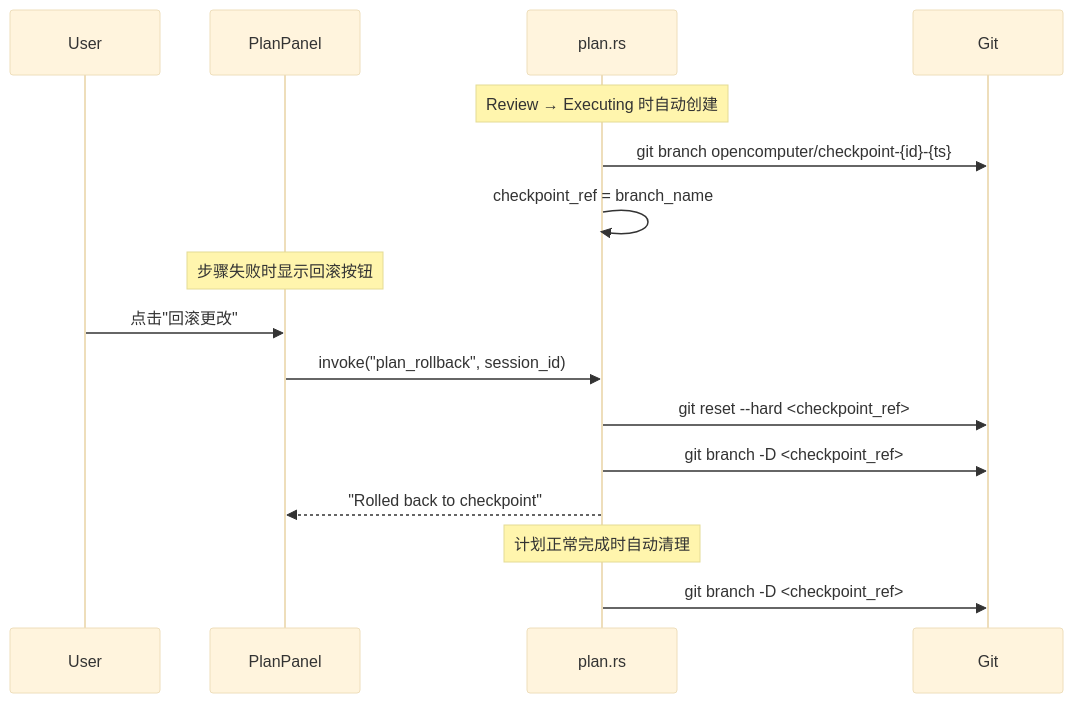
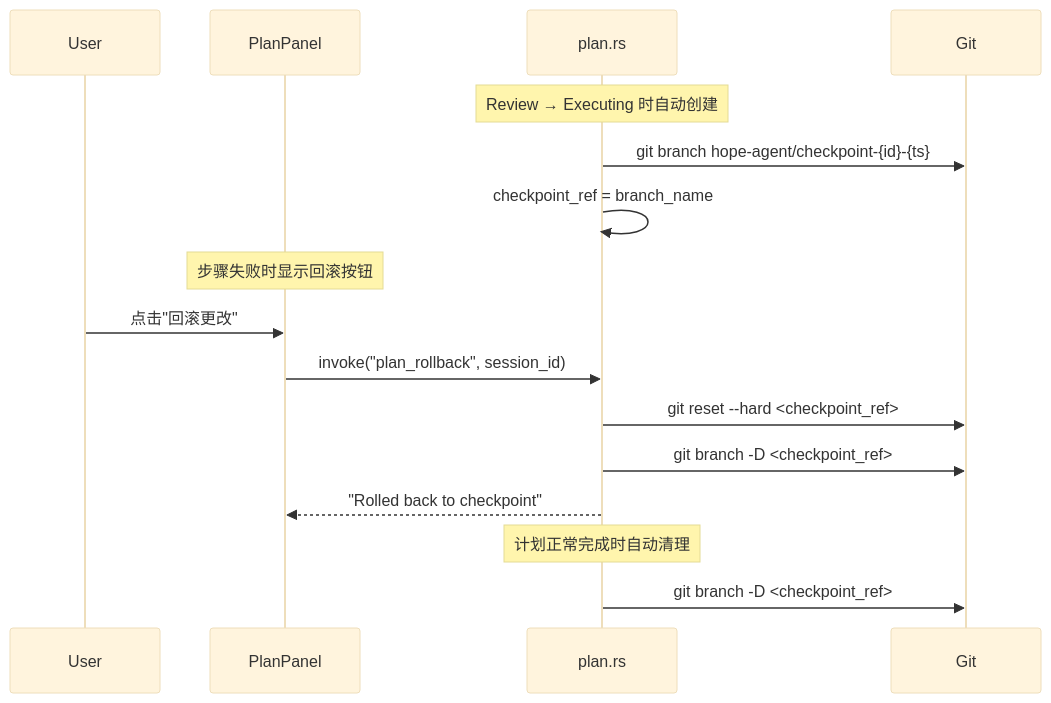
Before and after one commit to shiwenwen/hope-agent: the sixth of 16 diagrams in docs/architecture/plan-mode.md, drawn with Mermaid (base theme). The commit also changed other lines of this file and 727 other files, not shown here.

First line of the commit message:
chore(rename): OpenComputer → Hope Agent（随 0.1.0 首发一把切换）

````diff
--- a/docs/architecture/plan-mode.md
+++ b/docs/architecture/plan-mode.md
@@ -567,21 +567,21 @@
 ```mermaid
 sequenceDiagram
     participant User
     participant Frontend as PlanPanel
     participant Backend as plan.rs
     participant Git
 
     Note over Backend: Review → Executing 时自动创建
-    Backend->>Git: git branch opencomputer/checkpoint-{id}-{ts}
+    Backend->>Git: git branch hope-agent/checkpoint-{id}-{ts}
     Backend->>Backend: checkpoint_ref = branch_name
 
     Note over Frontend: 步骤失败时显示回滚按钮
     User->>Frontend: 点击"回滚更改"
     Frontend->>Backend: invoke("plan_rollback", session_id)
     Backend->>Git: git reset --hard <checkpoint_ref>
     Backend->>Git: git branch -D <checkpoint_ref>
     Backend-->>Frontend: "Rolled back to checkpoint"
 
     Note over Backend: 计划正常完成时自动清理
     Backend->>Git: git branch -D <checkpoint_ref>
 ```
````
